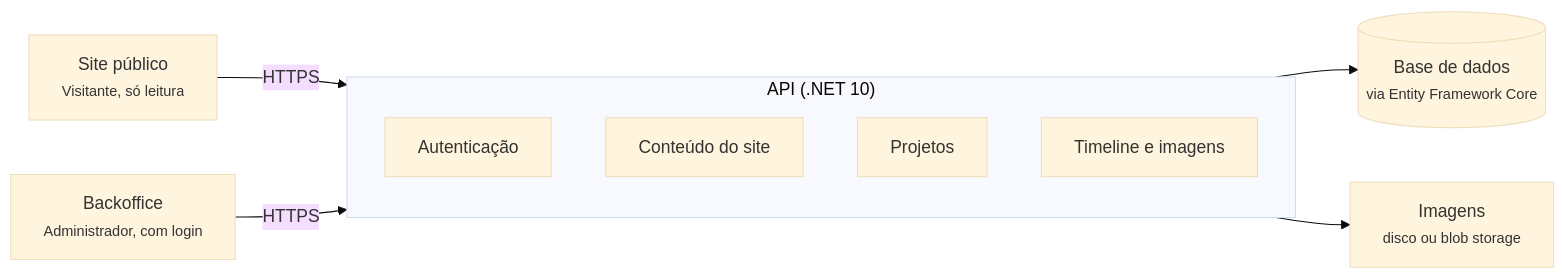
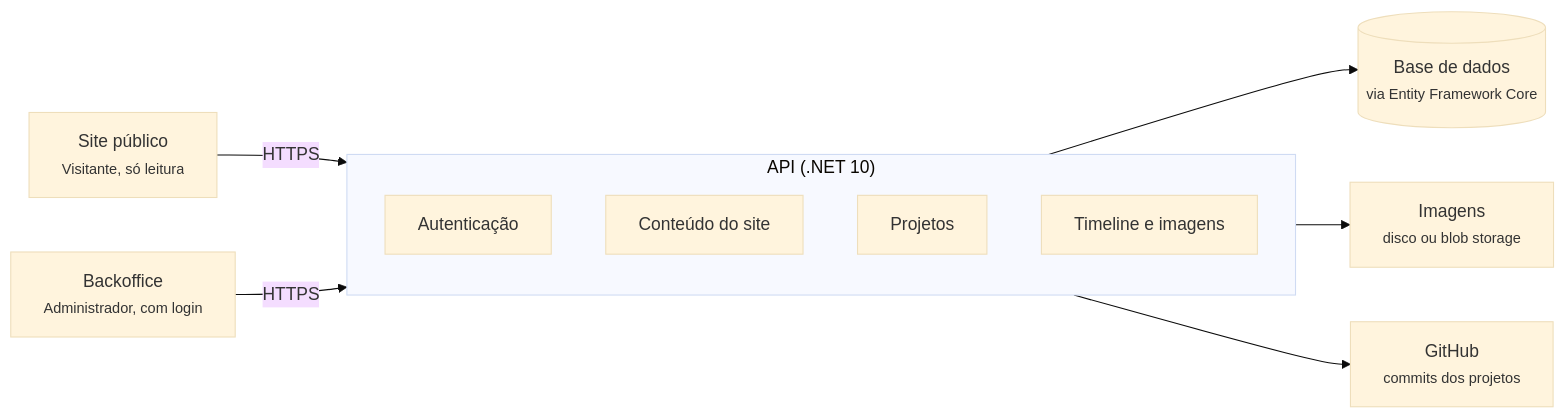
Before and after one commit to Miguel9669/Portef-lio-Pessoal: the diagram in docs/01-requisitos.md, drawn with Mermaid (base theme). The commit also changed other lines of this file and 14 other files, not shown here.

First line of the commit message:
Timeline do GitHub em vez de notas

````diff
--- a/docs/01-requisitos.md
+++ b/docs/01-requisitos.md
@@ -59,21 +59,23 @@
 ```mermaid
 flowchart LR
     Site["Site público<br/><small>Visitante, só leitura</small>"]
     BO["Backoffice<br/><small>Administrador, com login</small>"]
 
     subgraph API["API (.NET 10)"]
         direction TB
         Auth[Autenticação]
         Conteudo[Conteúdo do site]
         Projetos[Projetos]
         Timeline[Timeline e imagens]
     end
 
     BD[("Base de dados<br/><small>via Entity Framework Core</small>")]
     IMG["Imagens<br/><small>disco ou blob storage</small>"]
+    GH["GitHub<br/><small>commits dos projetos</small>"]
 
     Site -->|HTTPS| API
     BO -->|HTTPS| API
     API --> BD
     API --> IMG
+    API --> GH
 ```
````
